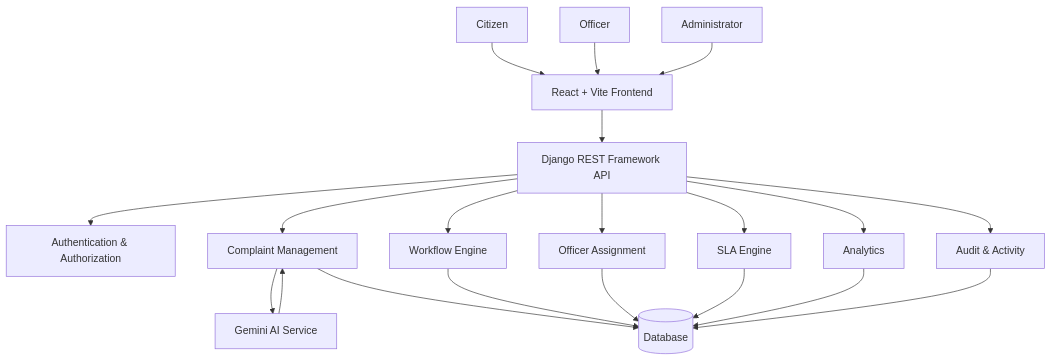
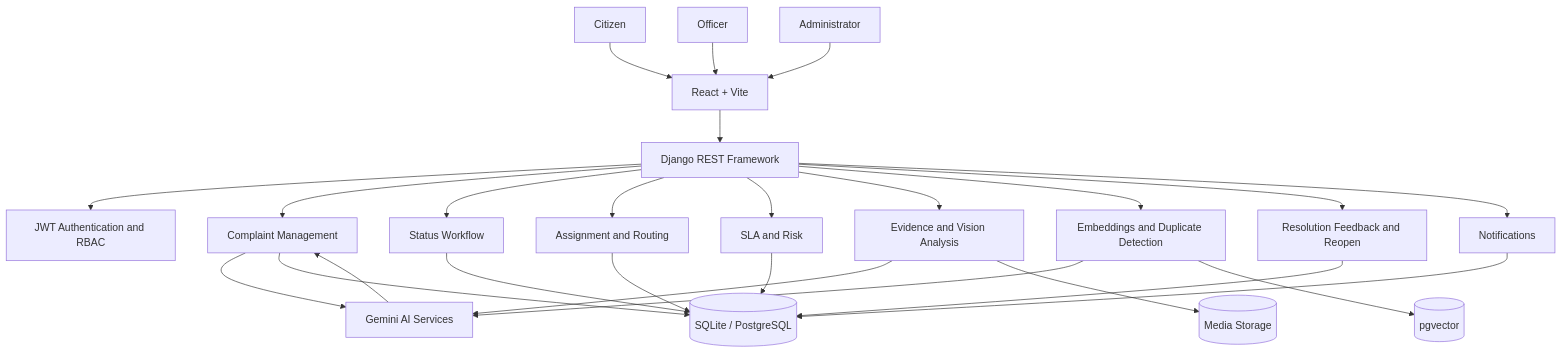
Before and after one commit to Saiteja2205/civicresolve: the diagram in docs/architecture.md, drawn with Mermaid. The commit also changed other lines of this file and 13 other files, not shown here.

````diff
--- a/docs/architecture.md
+++ b/docs/architecture.md
@@ -15,44 +7,48 @@
 ```mermaid
 flowchart TB
     Citizen[Citizen]
     Officer[Officer]
     Admin[Administrator]
 
-    Frontend[React + Vite Frontend]
-    API[Django REST Framework API]
-
-    Auth[Authentication & Authorization]
-    Complaint[Complaint Management]
-    Workflow[Workflow Engine]
-    Assignment[Officer Assignment]
-    SLA[SLA Engine]
-    Analytics[Analytics]
-    Activity[Audit & Activity]
-
-    AI[Gemini AI Service]
-    DB[(Database)]
+    Frontend[React + Vite]
+    API[Django REST Framework]
+    Auth[JWT Authentication and RBAC]
+    Complaints[Complaint Management]
+    AI[Gemini AI Services]
+    Workflow[Status Workflow]
+    Assignment[Assignment and Routing]
+    SLA[SLA and Risk]
+    Evidence[Evidence and Vision Analysis]
+    Duplicate[Embeddings and Duplicate Detection]
+    Feedback[Resolution Feedback and Reopen]
+    Notifications[Notifications]
+    DB[(SQLite / PostgreSQL)]
+    Vector[(pgvector)]
+    Media[(Media Storage)]
 
     Citizen --> Frontend
     Officer --> Frontend
     Admin --> Frontend
-
     Frontend --> API
-
     API --> Auth
-    API --> Complaint
+    API --> Complaints
     API --> Workflow
     API --> Assignment
     API --> SLA
-    API --> Analytics
-    API --> Activity
-
-    Complaint --> AI
-    AI --> Complaint
-
-    Complaint --> DB
+    API --> Evidence
+    API --> Duplicate
+    API --> Feedback
+    API --> Notifications
+    Complaints --> AI
+    Evidence --> AI
+    Duplicate --> AI
+    AI --> Complaints
+    Complaints --> DB
     Workflow --> DB
     Assignment --> DB
     SLA --> DB
-    Analytics --> DB
-    Activity --> DB
+    Feedback --> DB
+    Notifications --> DB
+    Duplicate --> Vector
+    Evidence --> Media
 ```
````
